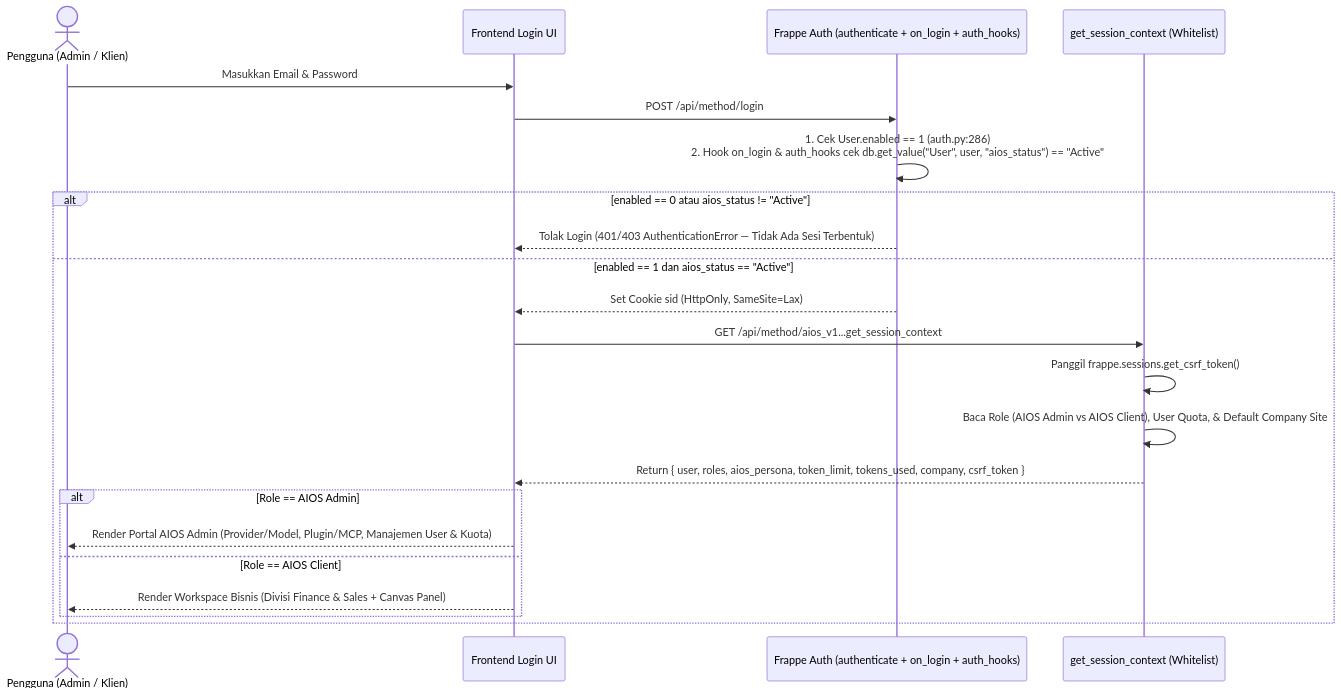
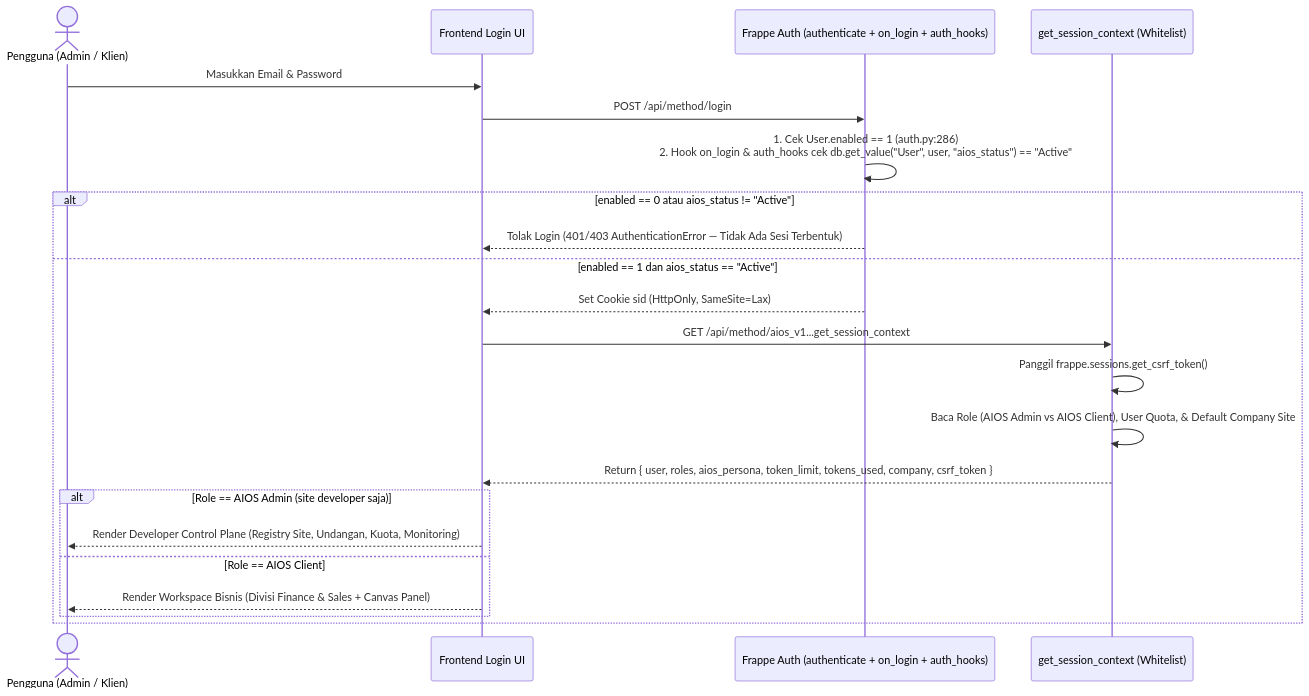
The third of 7 diagrams in docs/04-alur-kerja-sistem.md (Tenshi1308/aios-frappe-16), drawn with Mermaid before and after one commit. The commit also changed other lines of this file and 7 other files, not shown here.

First line of the commit message:
docs(spec): developer control plane + koreksi izin AIOS Control

````diff
--- a/docs/04-alur-kerja-sistem.md
+++ b/docs/04-alur-kerja-sistem.md
@@ -79,25 +83,25 @@
 ```mermaid
 sequenceDiagram
     actor User as Pengguna (Admin / Klien)
     participant UI as Frontend Login UI
     participant FrappeAuth as Frappe Auth (authenticate + on_login + auth_hooks)
     participant CtxAPI as get_session_context (Whitelist)
 
     User->>UI: Masukkan Email & Password
     UI->>FrappeAuth: POST /api/method/login
     FrappeAuth->>FrappeAuth: 1. Cek User.enabled == 1 (auth.py:286)<br/>2. Hook on_login & auth_hooks cek db.get_value("User", user, "aios_status") == "Active"
     alt enabled == 0 atau aios_status != "Active"
         FrappeAuth-->>UI: Tolak Login (401/403 AuthenticationError — Tidak Ada Sesi Terbentuk)
     else enabled == 1 dan aios_status == "Active"
         FrappeAuth-->>UI: Set Cookie sid (HttpOnly, SameSite=Lax)
         UI->>CtxAPI: GET /api/method/aios_v1...get_session_context
         CtxAPI->>CtxAPI: Panggil frappe.sessions.get_csrf_token()
         CtxAPI->>CtxAPI: Baca Role (AIOS Admin vs AIOS Client), User Quota, & Default Company Site
         CtxAPI-->>UI: Return { user, roles, aios_persona, token_limit, tokens_used, company, csrf_token }
-        alt Role == AIOS Admin
-            UI-->>User: Render Portal AIOS Admin (Provider/Model, Plugin/MCP, Manajemen User & Kuota)
+        alt Role == AIOS Admin (site developer saja)
+            UI-->>User: Render Developer Control Plane (Registry Site, Undangan, Kuota, Monitoring)
         else Role == AIOS Client
             UI-->>User: Render Workspace Bisnis (Divisi Finance & Sales + Canvas Panel)
         end
     end
 ```
````
